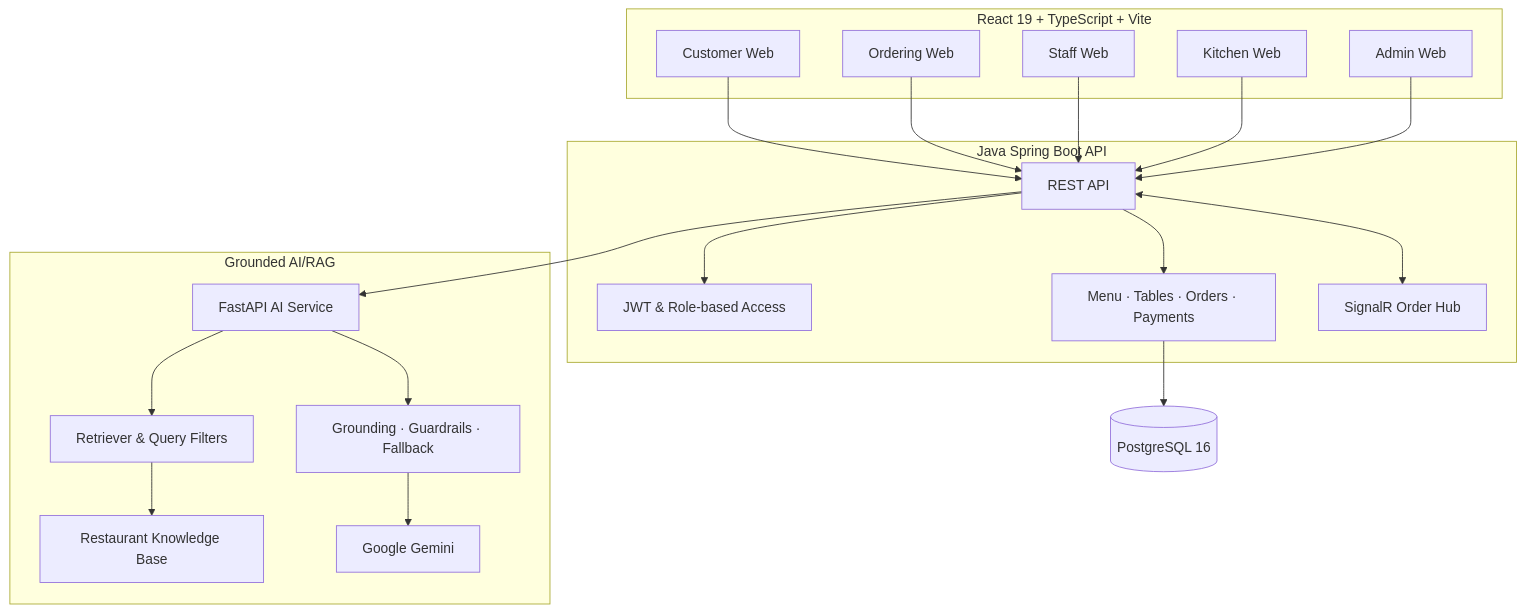
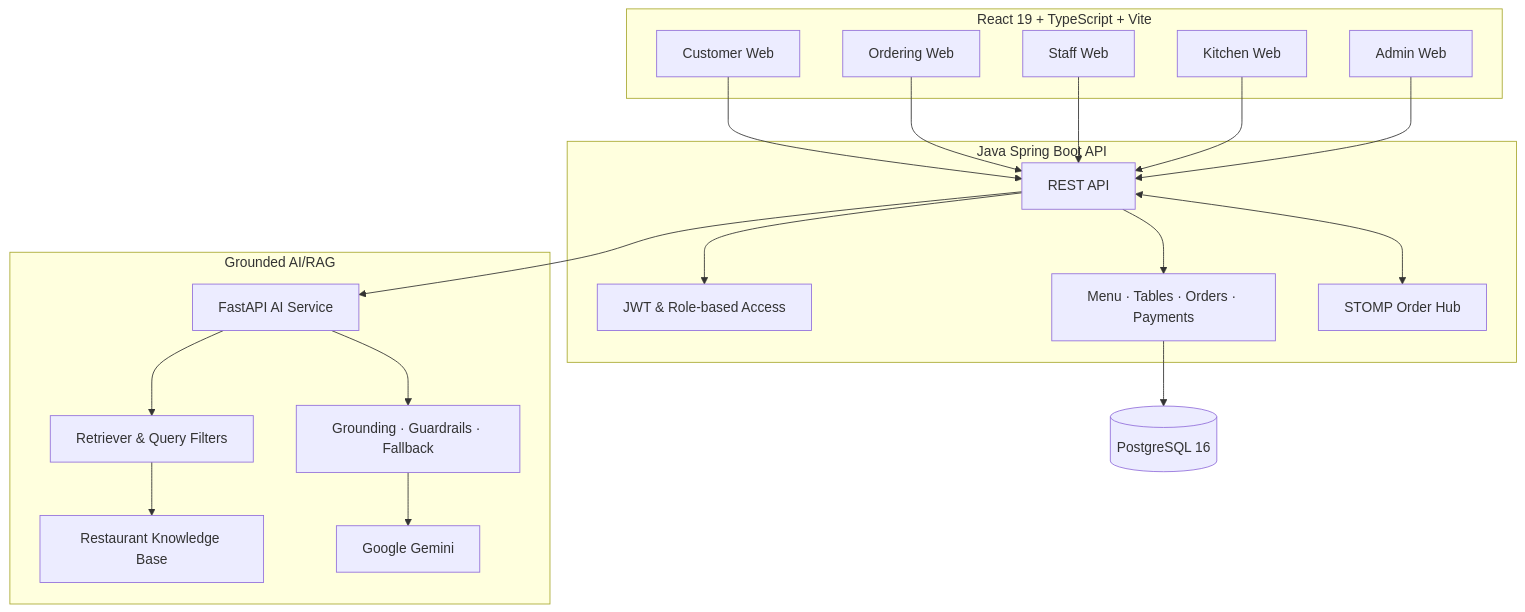
The second of 2 diagrams in README.md (Anpham120/restaurant-qr-ai-ordering-mobile), drawn with Mermaid before and after one commit. The commit also changed other lines of this file and 23 other files, not shown here.

````diff
--- a/README.md
+++ b/README.md
@@ -91,36 +91,36 @@
 ```mermaid
 flowchart TB
   subgraph Clients["React 19 + TypeScript + Vite"]
     Customer["Customer Web"]
     Ordering["Ordering Web"]
     Staff["Staff Web"]
     Kitchen["Kitchen Web"]
     Admin["Admin Web"]
   end
 
   Customer --> API
   Ordering --> API
   Staff --> API
   Kitchen --> API
   Admin --> API
 
   subgraph Backend["Java Spring Boot API"]
     API["REST API"]
     Auth["JWT & Role-based Access"]
     Orders["Menu · Tables · Orders · Payments"]
-    Hub["SignalR Order Hub"]
+    Hub["STOMP Order Hub"]
   end
 
   API --> Auth
   API --> Orders
   API <--> Hub
   Orders --> DB[("PostgreSQL 16")]
   API --> AI["FastAPI AI Service"]
 
   subgraph Intelligence["Grounded AI/RAG"]
     AI --> Retriever["Retriever & Query Filters"]
     Retriever --> KB["Restaurant Knowledge Base"]
     AI --> Guardrails["Grounding · Guardrails · Fallback"]
     Guardrails --> LLM["Google Gemini"]
   end
 ```
````
